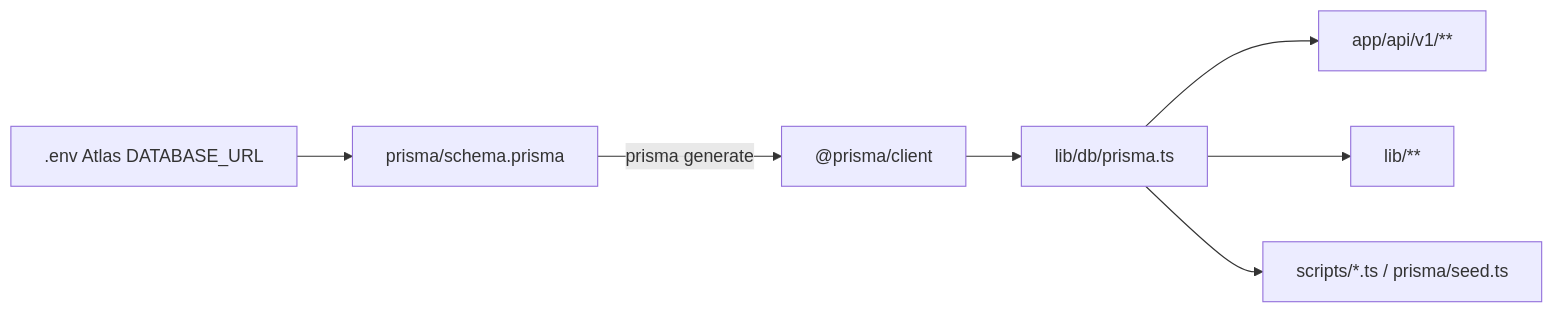
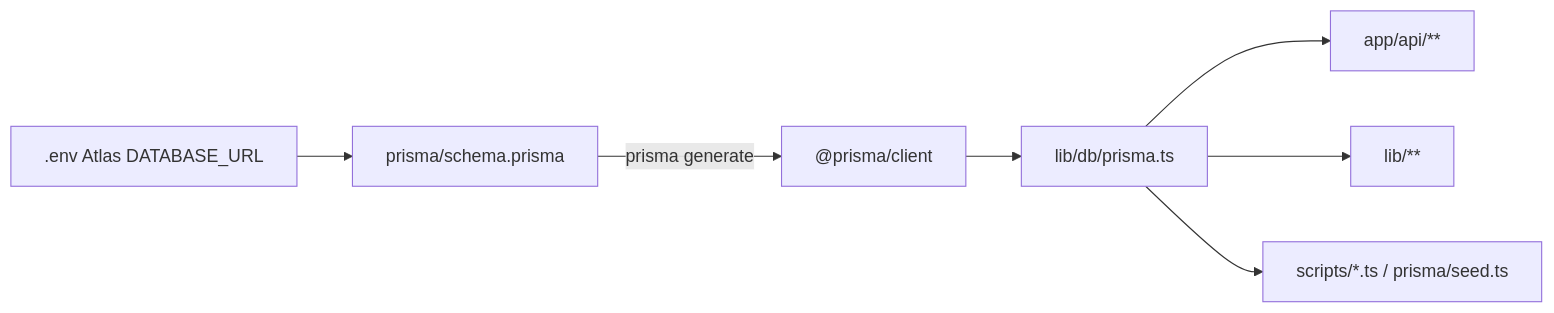
One commit to psmpasupathi009/mlf changed the first of 2 diagrams in docs/prisma-database.md. Above: the diagram before and after it, drawn with Mermaid. The commit also changed other lines of this file and 136 other files, not shown here.

````diff
--- a/docs/prisma-database.md
+++ b/docs/prisma-database.md
@@ -12,9 +12,9 @@
 ```mermaid
 flowchart LR
   env[".env Atlas DATABASE_URL"] --> schema["prisma/schema.prisma"]
   schema -->|"prisma generate"| client["@prisma/client"]
   client --> singleton["lib/db/prisma.ts"]
-  singleton --> apis["app/api/v1/**"]
+  singleton --> apis["app/api/**"]
   singleton --> libs["lib/**"]
   singleton --> scripts["scripts/*.ts / prisma/seed.ts"]
 ```
````
